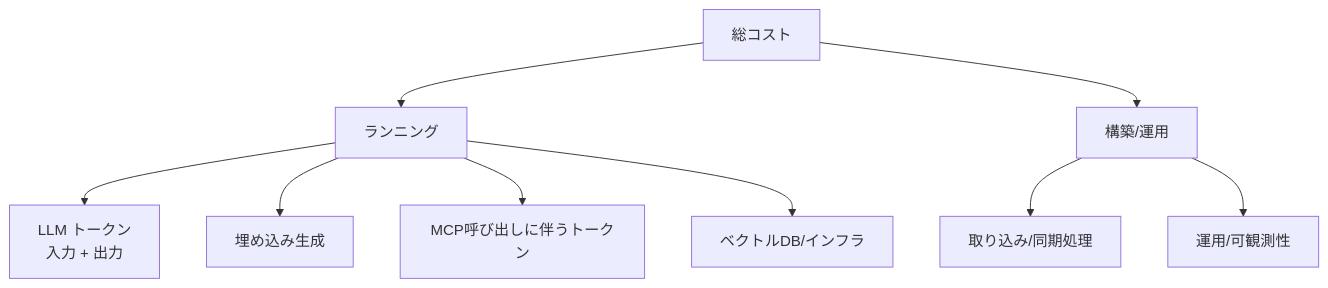
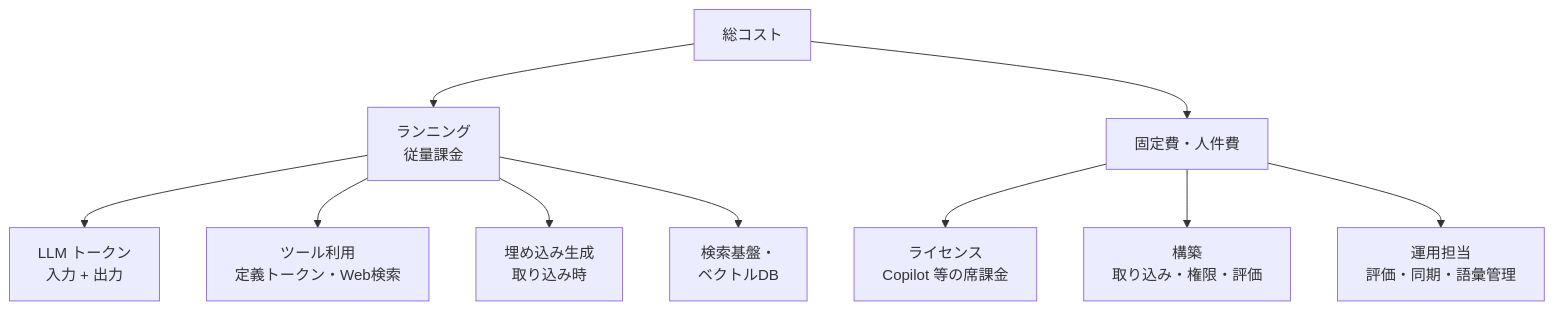
Before and after one commit to mike-sugimoto/ai-tech-notes: the diagram in src/content/docs/cost-roi/index.md, drawn with Mermaid. The commit also changed other lines of this file and 4 other files, not shown here.

````diff
--- a/src/content/docs/cost-roi/index.md
+++ b/src/content/docs/cost-roi/index.md
@@ -13,11 +14,12 @@
 ```mermaid
 flowchart TB
-    COST[総コスト] --> RUN[ランニング]
-    COST --> BUILD[構築/運用]
+    COST[総コスト] --> RUN[ランニング<br/>従量課金]
+    COST --> FIX[固定費・人件費]
     RUN --> LLM[LLM トークン<br/>入力 + 出力]
-    RUN --> EMB[埋め込み生成]
-    RUN --> MCPC[MCP呼び出しに伴うトークン]
-    RUN --> INFRA[ベクトルDB/インフラ]
-    BUILD --> ING[取り込み/同期処理]
-    BUILD --> OPS[運用/可観測性]
+    RUN --> TOOL[ツール利用<br/>定義トークン・Web検索]
+    RUN --> EMB[埋め込み生成<br/>取り込み時]
+    RUN --> INFRA[検索基盤・<br/>ベクトルDB]
+    FIX --> LIC[ライセンス<br/>Copilot 等の席課金]
+    FIX --> BUILD[構築<br/>取り込み・権限・評価]
+    FIX --> OPS[運用担当<br/>評価・同期・語彙管理]
 ```
````
